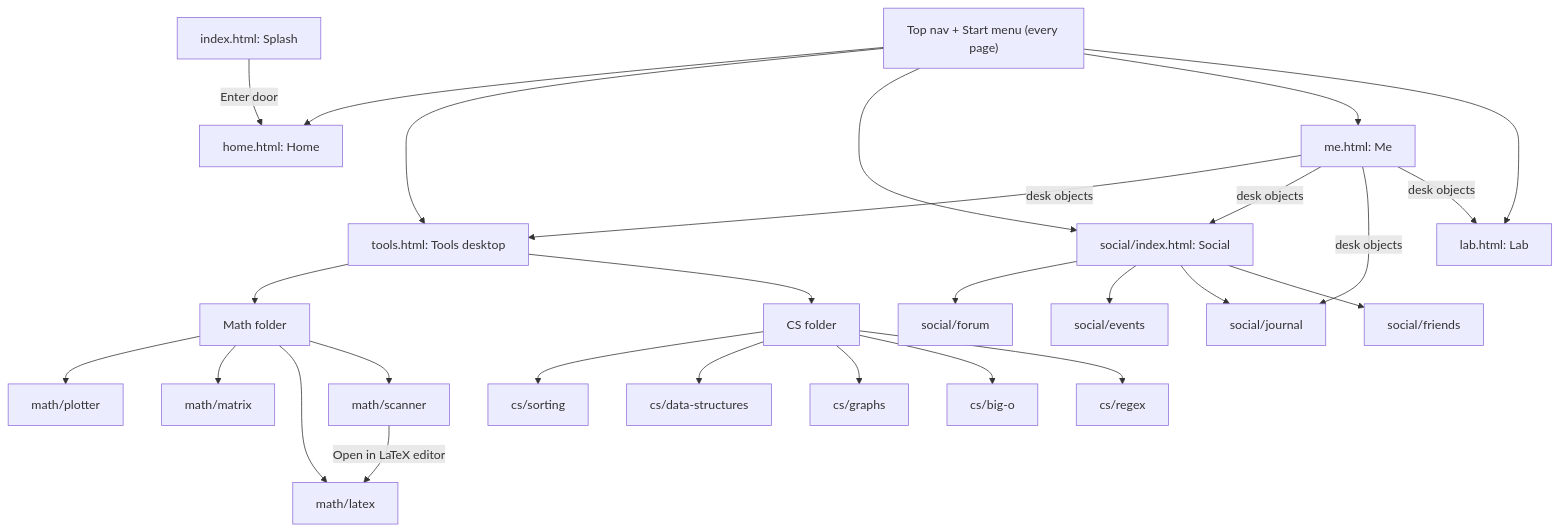
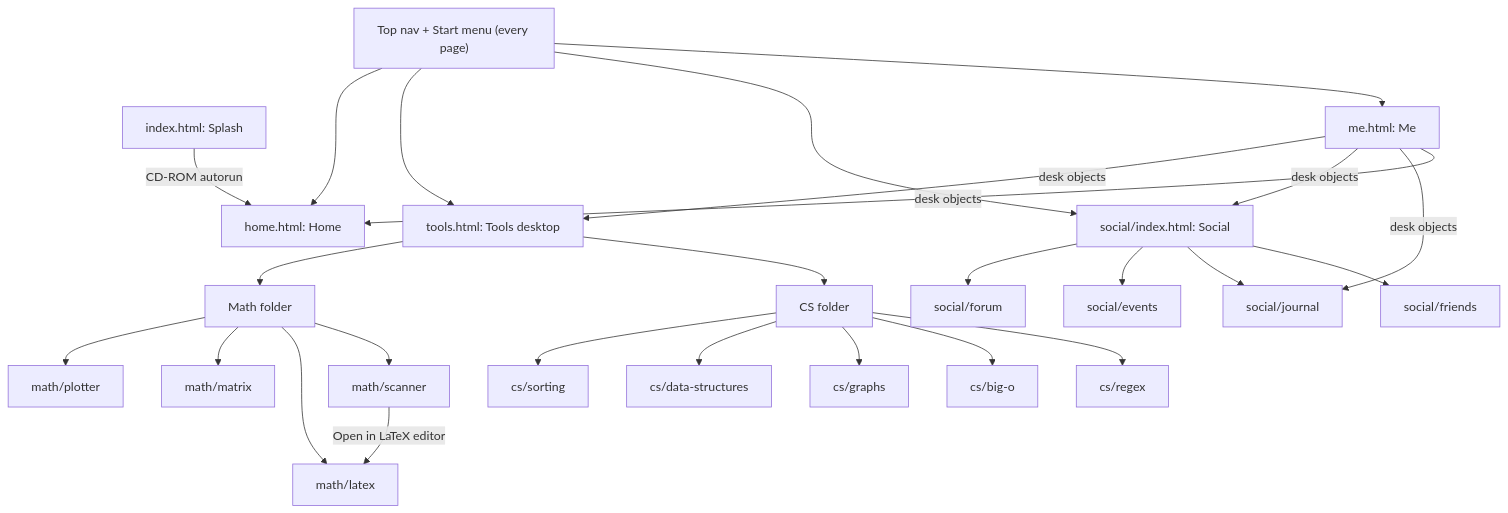
Before and after one commit to ChrisMedkit/CS-235-IntroToAI: the second of 13 diagrams in DIAGRAM.md, drawn with Mermaid. The commit also changed other lines of this file and 30 other files, not shown here.

Commit message:
Fill in site content; CD-ROM splash button; Home services panel; Me desk with sticky notes; remove Lab

````diff
--- a/DIAGRAM.md
+++ b/DIAGRAM.md
@@ -26,16 +26,15 @@
 ```mermaid
 flowchart TD
-  SP["index.html: Splash"] -- "Enter door" --> H["home.html: Home"]
+  SP["index.html: Splash"] -- "CD-ROM autorun" --> H["home.html: Home"]
   NAV["Top nav + Start menu (every page)"]
   NAV --> H
   NAV --> T["tools.html: Tools desktop"]
   NAV --> S["social/index.html: Social"]
   NAV --> ME["me.html: Me"]
-  NAV --> LAB["lab.html: Lab"]
   T --> MF["Math folder"] & CF["CS folder"]
   MF --> M1["math/plotter"] & M2["math/matrix"] & M3["math/latex"] & M4["math/scanner"]
   CF --> C1["cs/sorting"] & C2["cs/data-structures"] & C3["cs/graphs"] & C4["cs/big-o"] & C5["cs/regex"]
   S --> S1["social/forum"] & S2["social/events"] & S3["social/journal"] & S4["social/friends"]
-  ME -- "desk objects" --> T & S & S3 & LAB
+  ME -- "desk objects" --> T & S & S3 & H
   M4 -- "Open in LaTeX editor" --> M3
 ```
````
